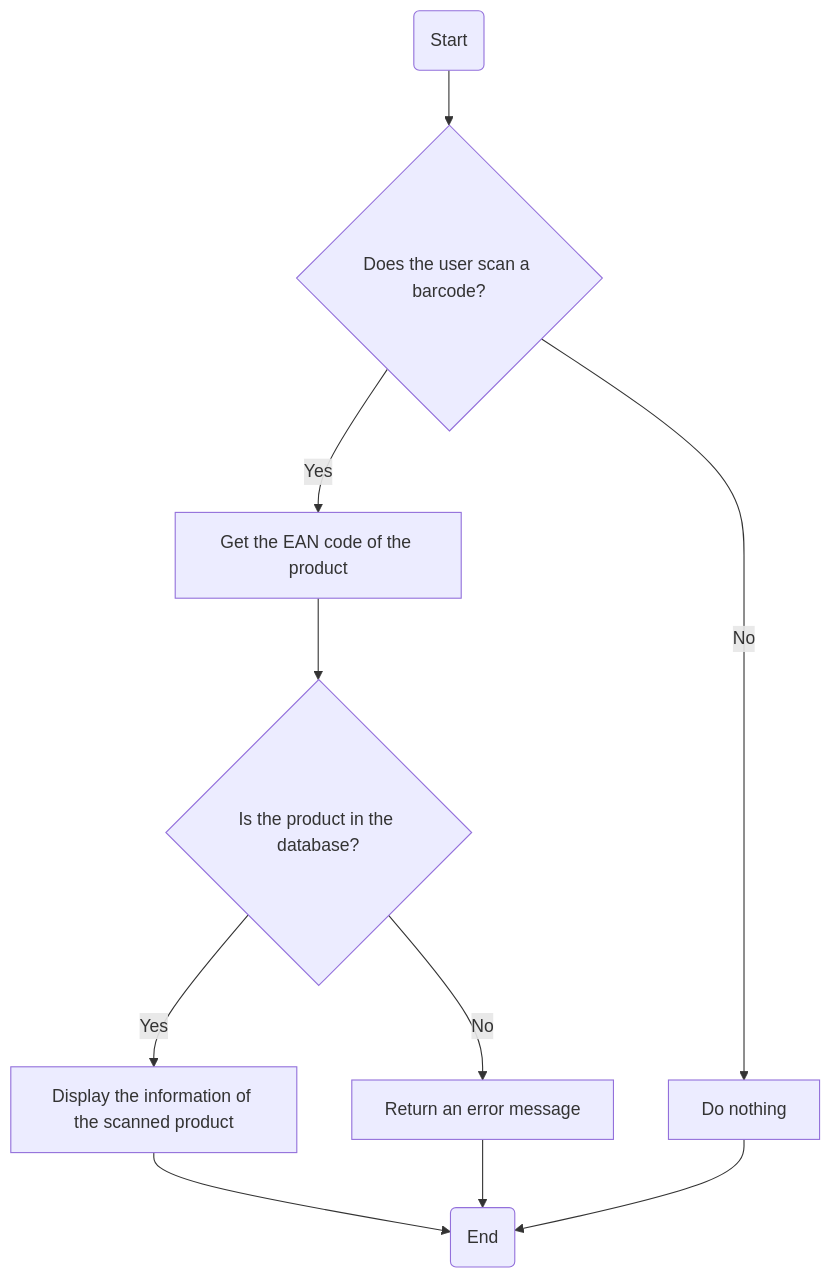
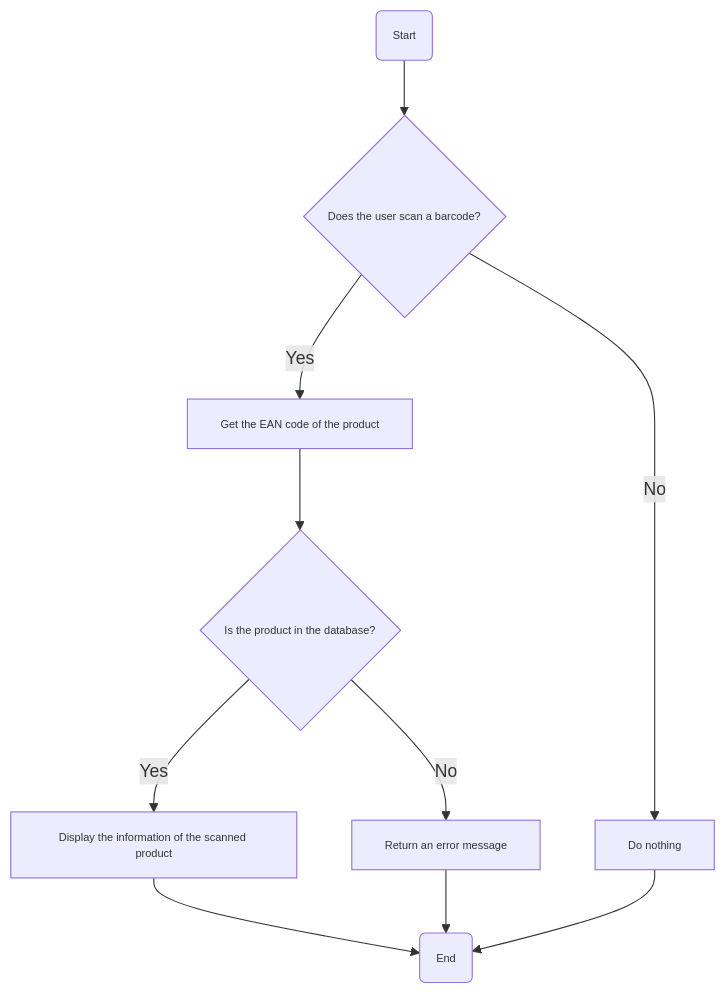
One commit to algosup/2024-2025-project-5-bubble-intermarche-team-2 changed the eighth of 11 diagrams in Documents/Technical/technical_specifications.md. Above: the diagram before and after it, drawn with Mermaid. The commit also changed other lines of this file, not shown here.

````diff
--- a/Documents/Technical/technical_specifications.md
+++ b/Documents/Technical/technical_specifications.md
@@ -411,12 +420,13 @@
 ```mermaid
 graph TD
     A(Start) --> B{Does the user scan a barcode?}
     B -->|Yes| C[Get the EAN code of the product]
     B -->|No| D[Do nothing]
     C --> E{Is the product in the database?}
     E -->|Yes| F[Display the information of the scanned product]
     E -->|No| G[Return an error message]
     F --> H(End)
     D --> H
     G --> H
+    classDef default font-size:10px;
 ```
````
